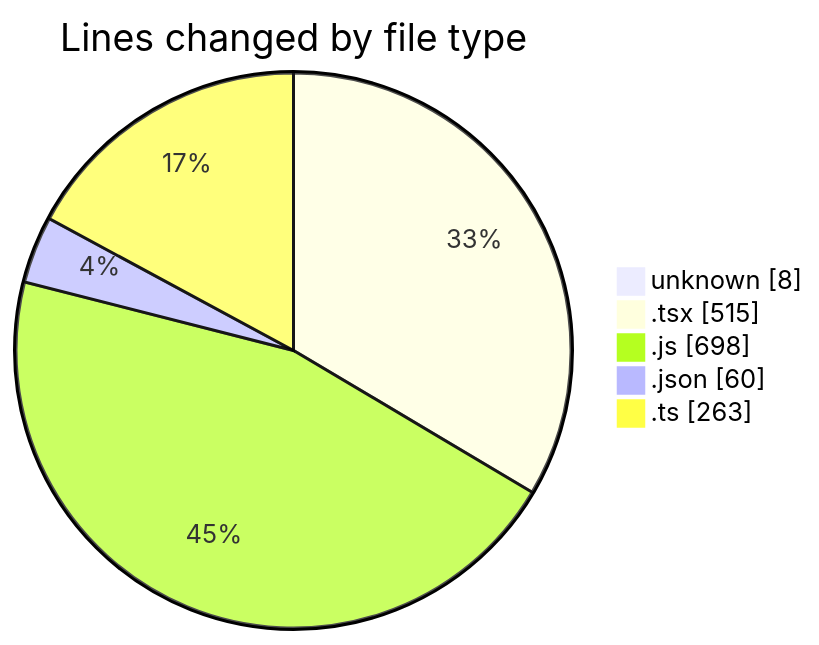
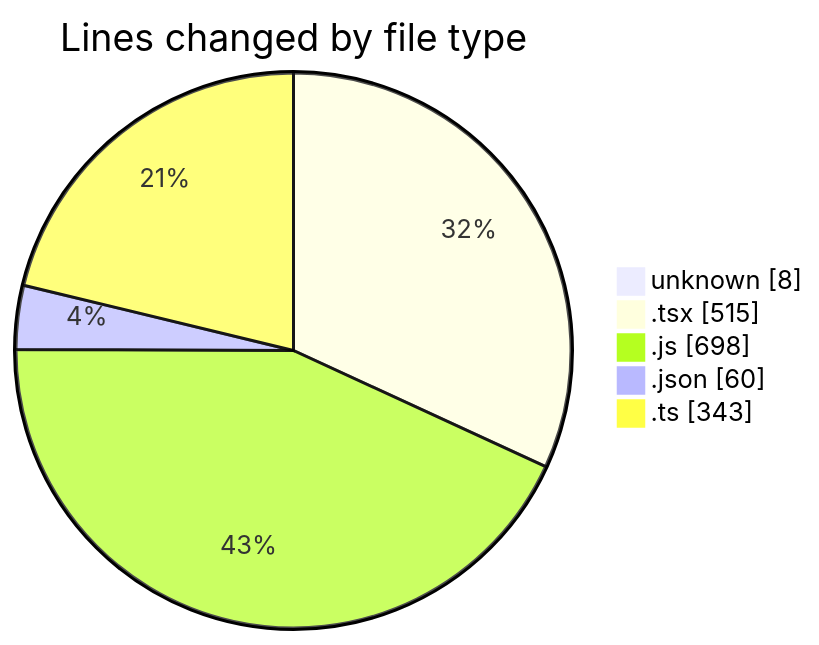
The first of 2 diagrams in 2025-08-07/napxuvn/README.md (lephambinh05/code-tracking), drawn with Mermaid before and after one commit. The commit also changed other lines of this file and 1 other file, not shown here.

````diff
--- a/2025-08-07/napxuvn/README.md
+++ b/2025-08-07/napxuvn/README.md
@@ -35,9 +38,9 @@
 ```mermaid
 pie showData
 title Lines changed by file type
 "unknown" : 8
 ".tsx" : 515
 ".js" : 698
 ".json" : 60
-".ts" : 263
+".ts" : 343
 ```
````
